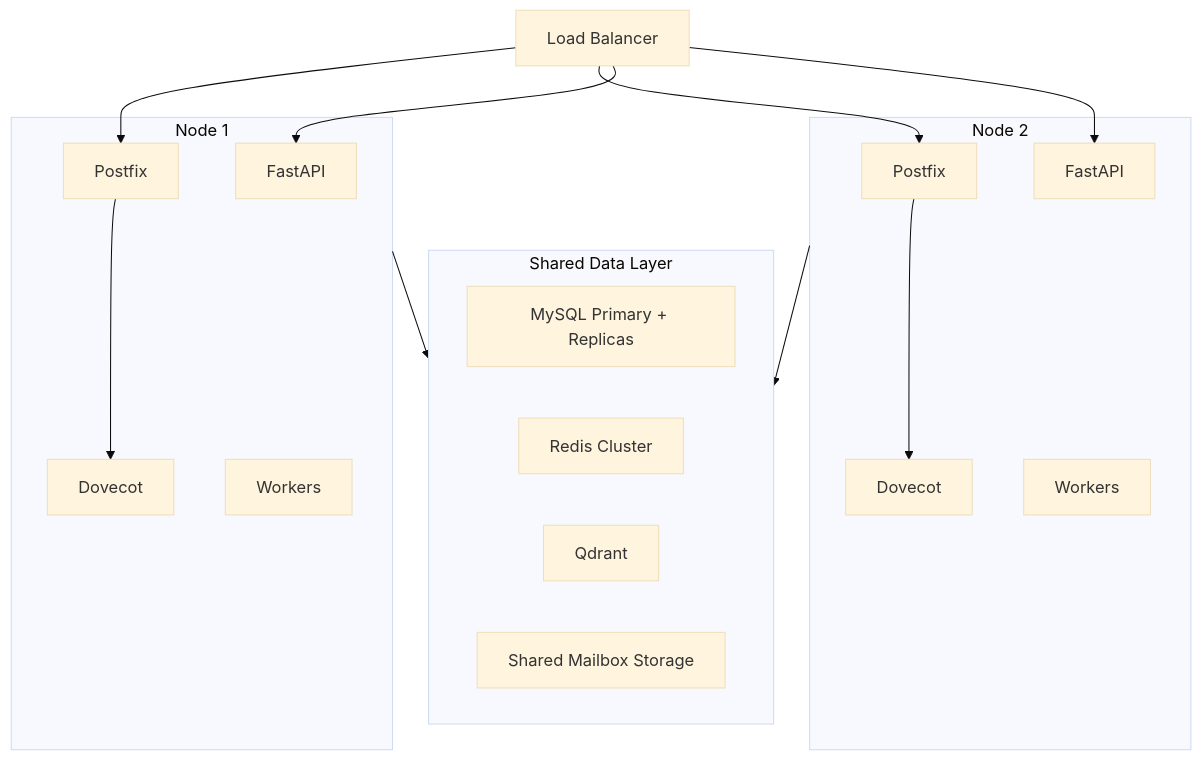
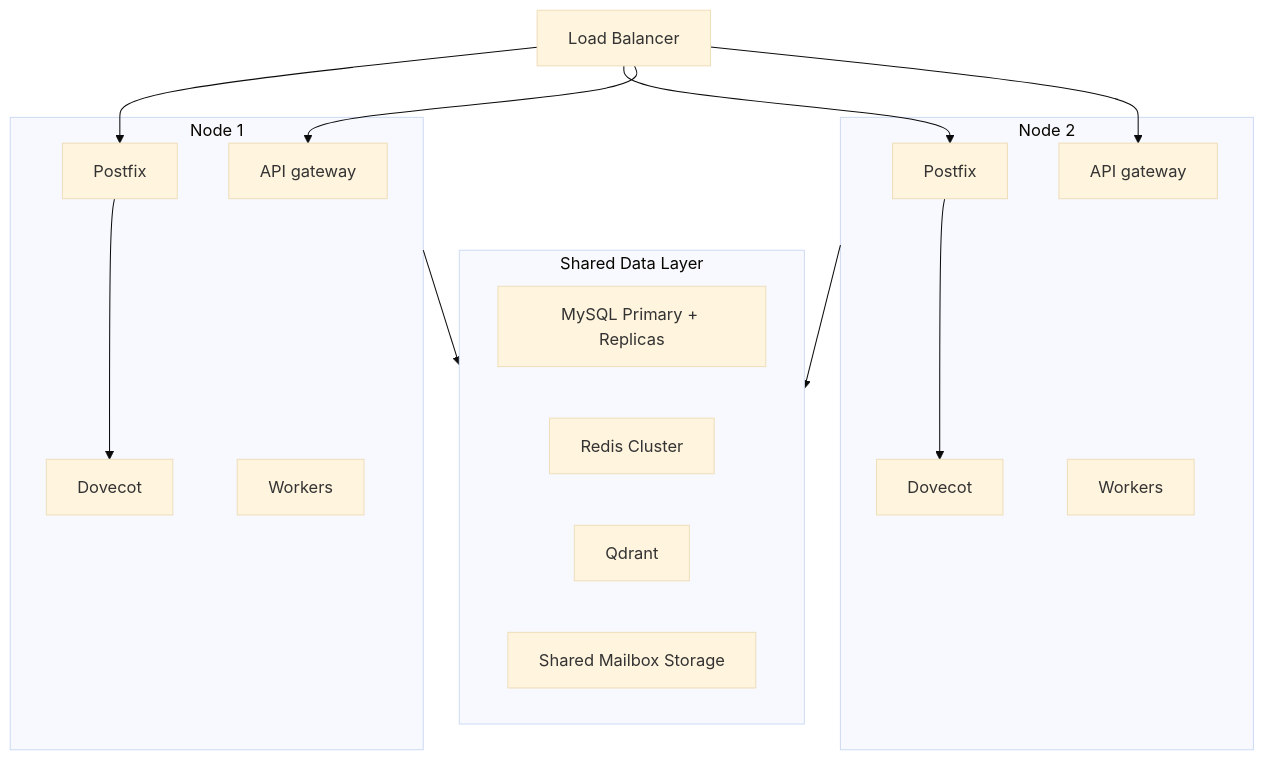
Before and after one commit to Techies-Africa/mailyte-mail-server-community: the diagram in docs/architecture/scaling-strategy.md, drawn with Mermaid (base theme). The commit also changed other lines of this file and 481 other files, not shown here.

````diff
--- a/docs/architecture/scaling-strategy.md
+++ b/docs/architecture/scaling-strategy.md
@@ -138,36 +139,36 @@
 ```mermaid
 graph TB
     LB["Load Balancer"]
 
     subgraph Node1["Node 1"]
         Postfix1["Postfix"]
         Dovecot1["Dovecot"]
-        API1["FastAPI"]
+        API1["API gateway"]
         Workers1["Workers"]
     end
 
     subgraph Node2["Node 2"]
         Postfix2["Postfix"]
         Dovecot2["Dovecot"]
-        API2["FastAPI"]
+        API2["API gateway"]
         Workers2["Workers"]
     end
 
     subgraph Shared["Shared Data Layer"]
         MySQL["MySQL Primary + Replicas"]
         Redis["Redis Cluster"]
         Qdrant["Qdrant"]
         Storage["Shared Mailbox Storage"]
     end
 
     LB --> Postfix1
     LB --> Postfix2
     LB --> API1
     LB --> API2
 
     Postfix1 --> Dovecot1
     Postfix2 --> Dovecot2
 
     Node1 --> Shared
     Node2 --> Shared
 ```
````
